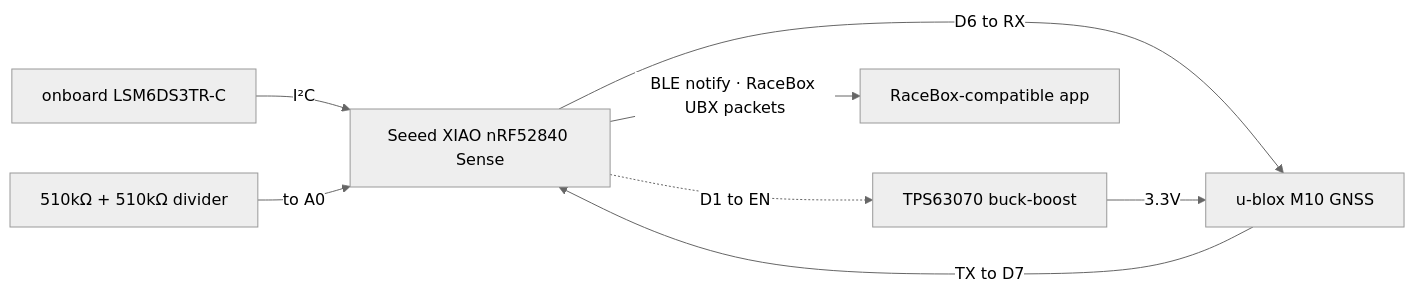
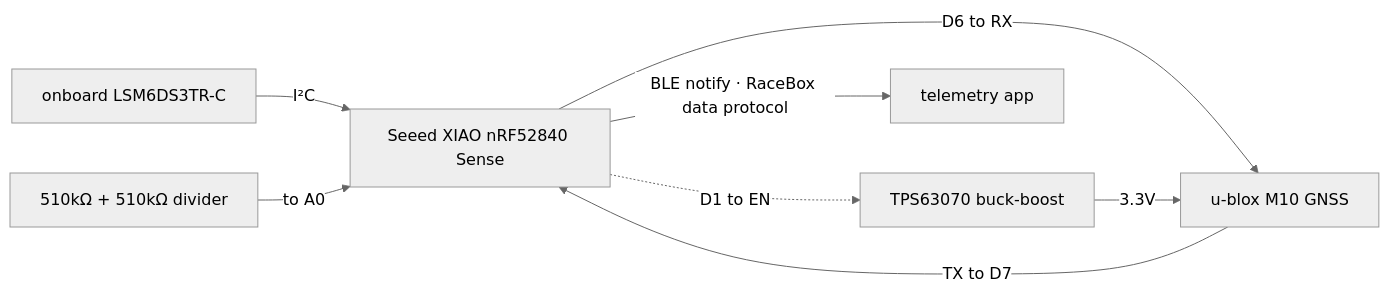
One commit to c20d-us/Gnimu changed the diagram in docs/build-nrf52840.md. Above: the diagram before and after it, drawn with Mermaid (neutral theme). The commit also changed other lines of this file and 13 other files, not shown here.

````diff
--- a/docs/build-nrf52840.md
+++ b/docs/build-nrf52840.md
@@ -29,10 +29,10 @@
 ```mermaid
 flowchart LR
     IMU["onboard LSM6DS3TR-C"] -- "I²C" --> XIAO["Seeed XIAO nRF52840 Sense"]
     GNSS["u-blox M10 GNSS"] -- "TX to D7" --> XIAO
     XIAO -- "D6 to RX" --> GNSS
     VDIV["510kΩ + 510kΩ divider"] -- "to A0" --> XIAO
     XIAO -. "D1 to EN" .-> BB["TPS63070 buck-boost"]
     BB -- "3.3V" --> GNSS
-    XIAO -- "BLE notify · RaceBox UBX packets" --> App["RaceBox-compatible app"]
+    XIAO -- "BLE notify · RaceBox data protocol" --> App["telemetry app"]
 ```
````
